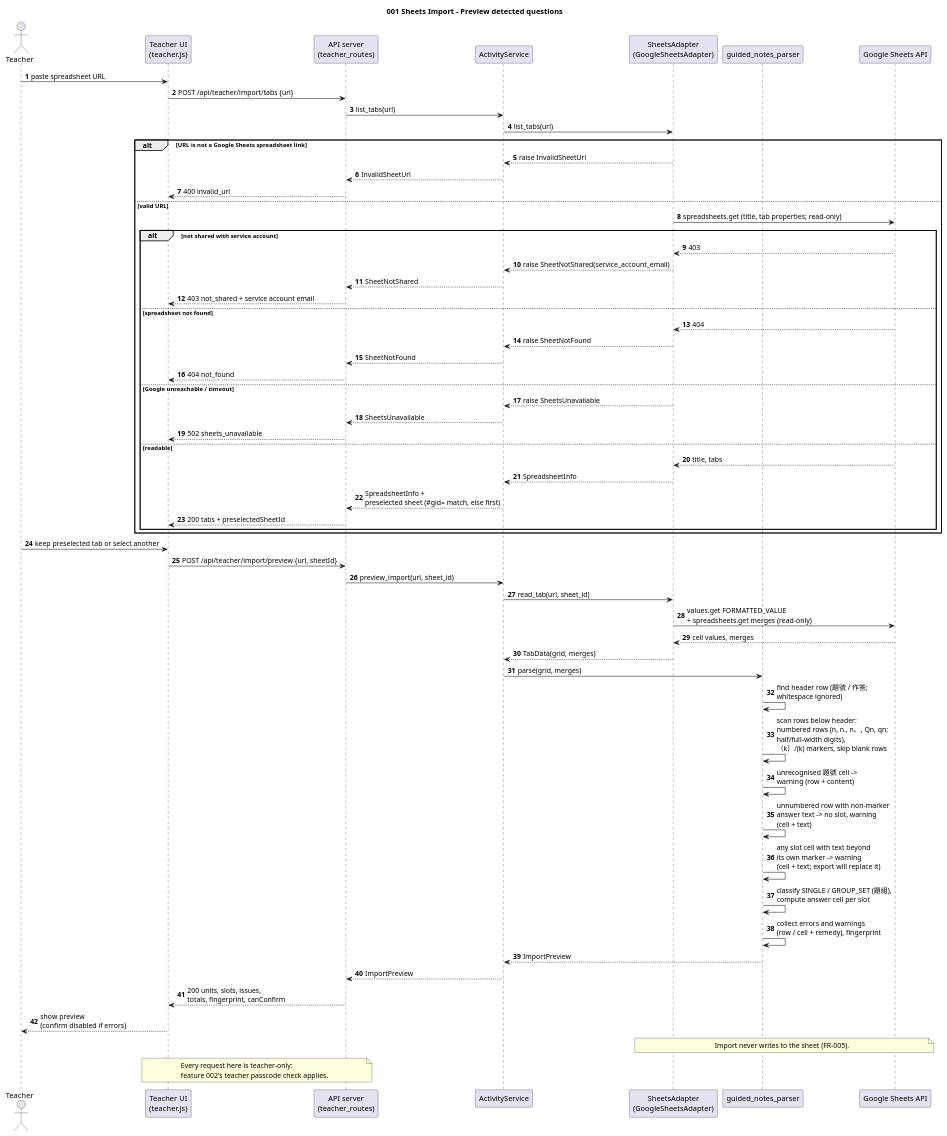
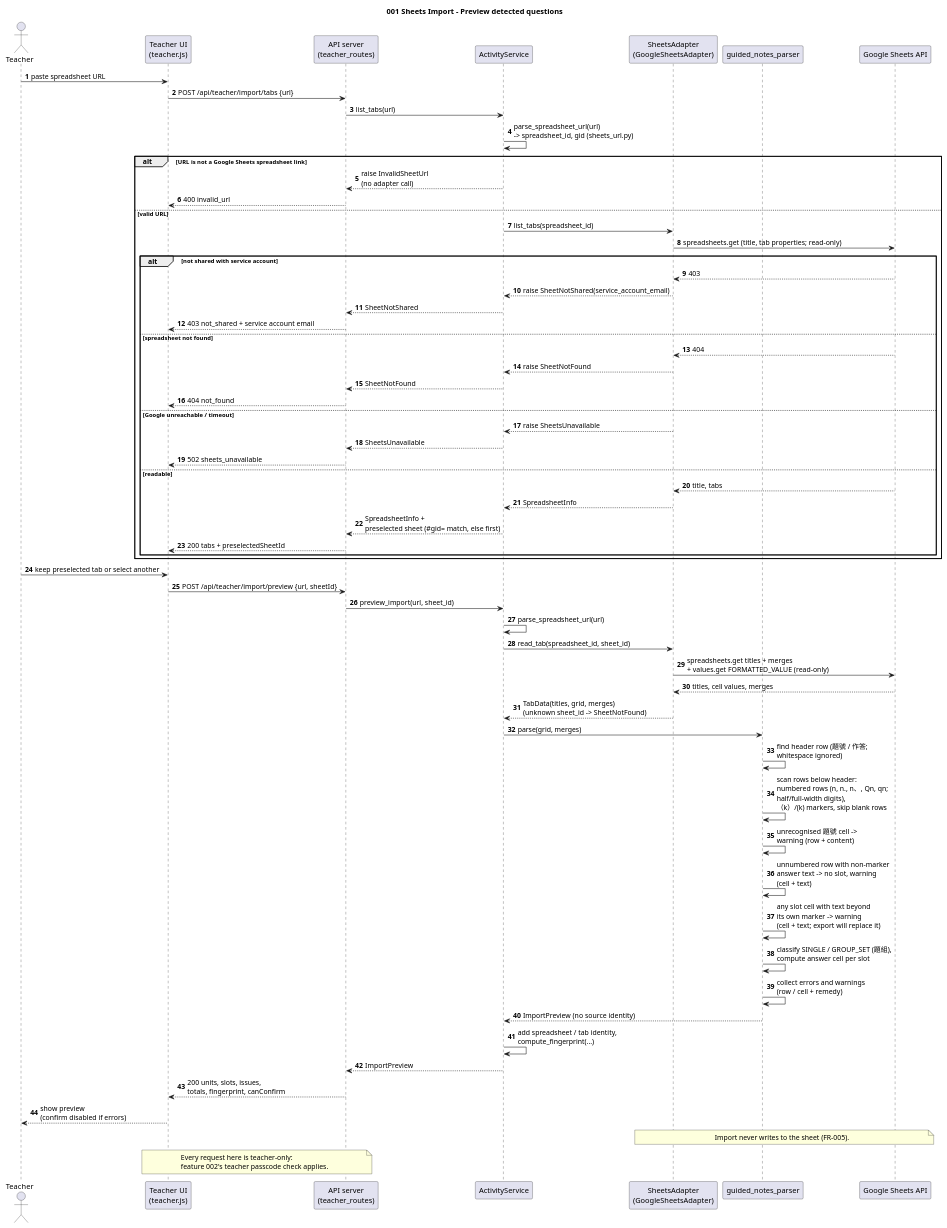
Before and after one commit to WasabiSaikou/quiz-buzzer: the diagram in diagrams/001-seq-import-preview.puml, drawn with PlantUML. The commit also changed 16 other files, not shown here.

```diff
--- a/diagrams/001-seq-import-preview.puml
+++ b/diagrams/001-seq-import-preview.puml
@@ -1,76 +1,78 @@
 @startuml 001-seq-import-preview
 title 001 Sheets Import - Preview detected questions
 
 skinparam shadowing false
 skinparam defaultFontName "Microsoft JhengHei"
 autonumber
 
 actor Teacher
 participant "Teacher UI\n(teacher.js)" as TUI
 participant "API server\n(teacher_routes)" as API
 participant "ActivityService" as ACT
 participant "SheetsAdapter\n(GoogleSheetsAdapter)" as SA
 participant "guided_notes_parser" as PARSER
 participant "Google Sheets API" as GSA
 
 Teacher -> TUI : paste spreadsheet URL
 TUI -> API : POST /api/teacher/import/tabs {url}
 API -> ACT : list_tabs(url)
-ACT -> SA : list_tabs(url)
+ACT -> ACT : parse_spreadsheet_url(url)\n-> spreadsheet_id, gid (sheets_url.py)
 alt URL is not a Google Sheets spreadsheet link
-  SA --> ACT : raise InvalidSheetUrl
-  ACT --> API : InvalidSheetUrl
+  ACT --> API : raise InvalidSheetUrl\n(no adapter call)
   API --> TUI : 400 invalid_url
 else valid URL
+  ACT -> SA : list_tabs(spreadsheet_id)
   SA -> GSA : spreadsheets.get (title, tab properties; read-only)
   alt not shared with service account
     GSA --> SA : 403
     SA --> ACT : raise SheetNotShared(service_account_email)
     ACT --> API : SheetNotShared
     API --> TUI : 403 not_shared + service account email
   else spreadsheet not found
     GSA --> SA : 404
     SA --> ACT : raise SheetNotFound
     ACT --> API : SheetNotFound
     API --> TUI : 404 not_found
   else Google unreachable / timeout
     SA --> ACT : raise SheetsUnavailable
     ACT --> API : SheetsUnavailable
     API --> TUI : 502 sheets_unavailable
   else readable
     GSA --> SA : title, tabs
     SA --> ACT : SpreadsheetInfo
     ACT --> API : SpreadsheetInfo +\npreselected sheet (#gid= match, else first)
     API --> TUI : 200 tabs + preselectedSheetId
   end
 end
 
 Teacher -> TUI : keep preselected tab or select another
 TUI -> API : POST /api/teacher/import/preview {url, sheetId}
 API -> ACT : preview_import(url, sheet_id)
-ACT -> SA : read_tab(url, sheet_id)
-SA -> GSA : values.get FORMATTED_VALUE\n+ spreadsheets.get merges (read-only)
-GSA --> SA : cell values, merges
-SA --> ACT : TabData(grid, merges)
+ACT -> ACT : parse_spreadsheet_url(url)
+ACT -> SA : read_tab(spreadsheet_id, sheet_id)
+SA -> GSA : spreadsheets.get titles + merges\n+ values.get FORMATTED_VALUE (read-only)
+GSA --> SA : titles, cell values, merges
+SA --> ACT : TabData(titles, grid, merges)\n(unknown sheet_id -> SheetNotFound)
 ACT -> PARSER : parse(grid, merges)
 PARSER -> PARSER : find header row (題號 / 作答;\nwhitespace ignored)
 PARSER -> PARSER : scan rows below header:\nnumbered rows (n, n., n、, Qn, qn;\nhalf/full-width digits),\n（k）/(k) markers, skip blank rows
 PARSER -> PARSER : unrecognised 題號 cell ->\nwarning (row + content)
 PARSER -> PARSER : unnumbered row with non-marker\nanswer text -> no slot, warning\n(cell + text)
 PARSER -> PARSER : any slot cell with text beyond\nits own marker -> warning\n(cell + text; export will replace it)
 PARSER -> PARSER : classify SINGLE / GROUP_SET (題組),\ncompute answer cell per slot
-PARSER -> PARSER : collect errors and warnings\n(row / cell + remedy), fingerprint
-PARSER --> ACT : ImportPreview
+PARSER -> PARSER : collect errors and warnings\n(row / cell + remedy)
+PARSER --> ACT : ImportPreview (no source identity)
+ACT -> ACT : add spreadsheet / tab identity,\ncompute_fingerprint(...)
 ACT --> API : ImportPreview
 API --> TUI : 200 units, slots, issues,\ntotals, fingerprint, canConfirm
 TUI --> Teacher : show preview\n(confirm disabled if errors)
 
 note over SA, GSA
   Import never writes to the sheet (FR-005).
 end note
 
 note over TUI, API
   Every request here is teacher-only:
   feature 002's teacher passcode check applies.
 end note
 @enduml
```
